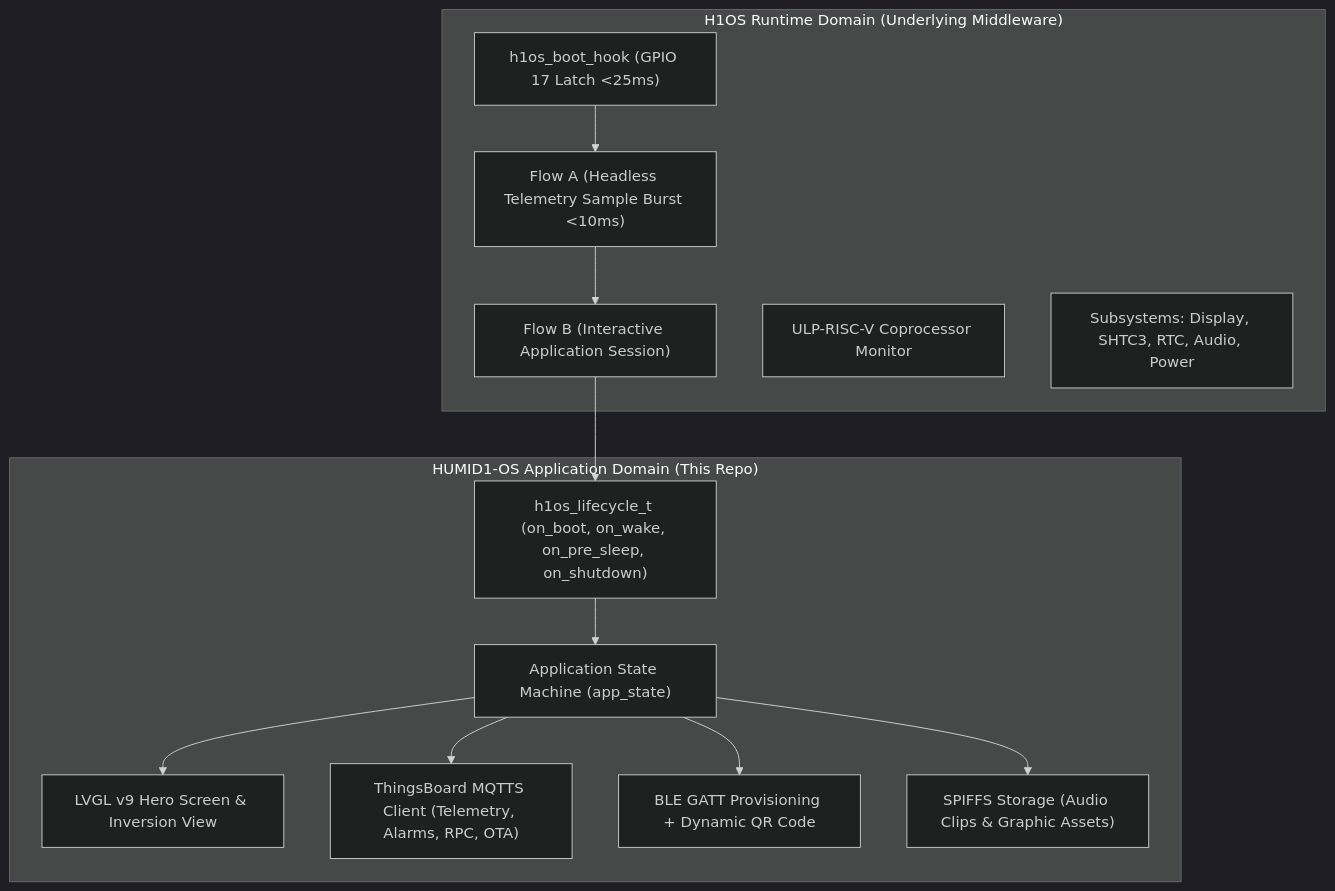
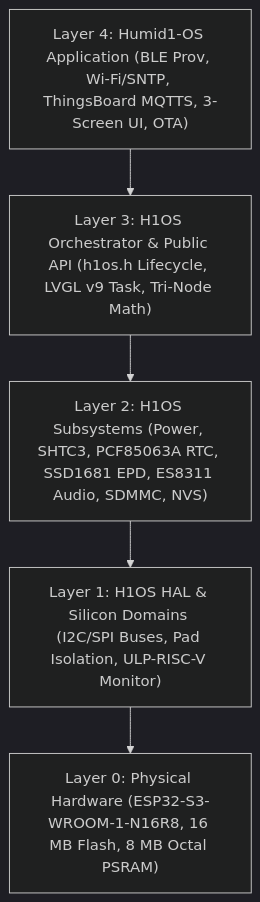
One commit to Humidyne-Labs/humid1-os changed the first of 2 diagrams in docs/architecture/APP_01_system_architecture.md. Above: the diagram before and after it, drawn with Mermaid (dark theme). The commit also changed other lines of this file and 57 other files, not shown here.

````diff
--- a/docs/architecture/APP_01_system_architecture.md
+++ b/docs/architecture/APP_01_system_architecture.md
@@ -6,28 +13,12 @@
 ```mermaid
-graph TD
-    subgraph H1OS_Domain["H1OS Runtime Domain (Underlying Middleware)"]
-        BootHook["h1os_boot_hook (GPIO 17 Latch <25ms)"]
-        FlowA["Flow A (Headless Telemetry Sample Burst <10ms)"]
-        FlowB["Flow B (Interactive Application Session)"]
-        ULP["ULP-RISC-V Coprocessor Monitor"]
-        HAL["Subsystems: Display, SHTC3, RTC, Audio, Power"]
-    end
-
-    subgraph App_Domain["HUMID1-OS Application Domain (This Repo)"]
-        Lifecycle["h1os_lifecycle_t (on_boot, on_wake, on_pre_sleep, on_shutdown)"]
-        StateMachine["Application State Machine (app_state)"]
-        HeroUI["LVGL v9 Hero Screen & Inversion View"]
-        CloudClient["ThingsBoard MQTTS Client (Telemetry, Alarms, RPC, OTA)"]
-        BLEProv["BLE GATT Provisioning + Dynamic QR Code"]
-        Storage["SPIFFS Storage (Audio Clips & Graphic Assets)"]
-    end
-
-    BootHook --> FlowA
-    FlowA --> FlowB
-    FlowB --> Lifecycle
-    Lifecycle --> StateMachine
-    StateMachine --> HeroUI
-    StateMachine --> CloudClient
-    StateMachine --> BLEProv
-    StateMachine --> Storage
+graph TD;
+    L4["Layer 4: Humid1-OS Application (BLE Prov, Wi-Fi/SNTP, ThingsBoard MQTTS, 3-Screen UI, OTA)"];
+    L3["Layer 3: H1OS Orchestrator & Public API (h1os.h Lifecycle, LVGL v9 Task, Tri-Node Math)"];
+    L2["Layer 2: H1OS Subsystems (Power, SHTC3, PCF85063A RTC, SSD1681 EPD, ES8311 Audio, SDMMC, NVS)"];
+    L1["Layer 1: H1OS HAL & Silicon Domains (I2C/SPI Buses, Pad Isolation, ULP-RISC-V Monitor)"];
+    HW["Layer 0: Physical Hardware (ESP32-S3-WROOM-1-N16R8, 16 MB Flash, 8 MB Octal PSRAM)"];
+    L4 --> L3;
+    L3 --> L2;
+    L2 --> L1;
+    L1 --> HW;
 ```
````
